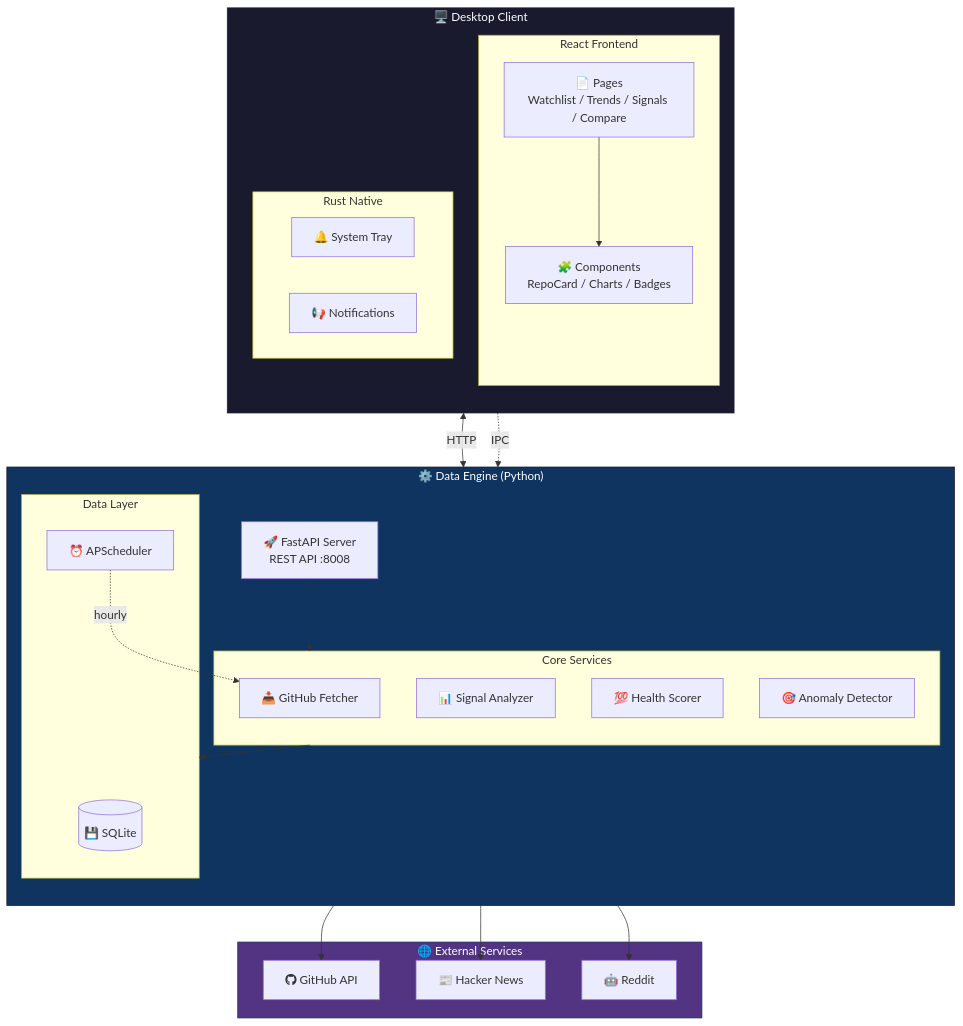
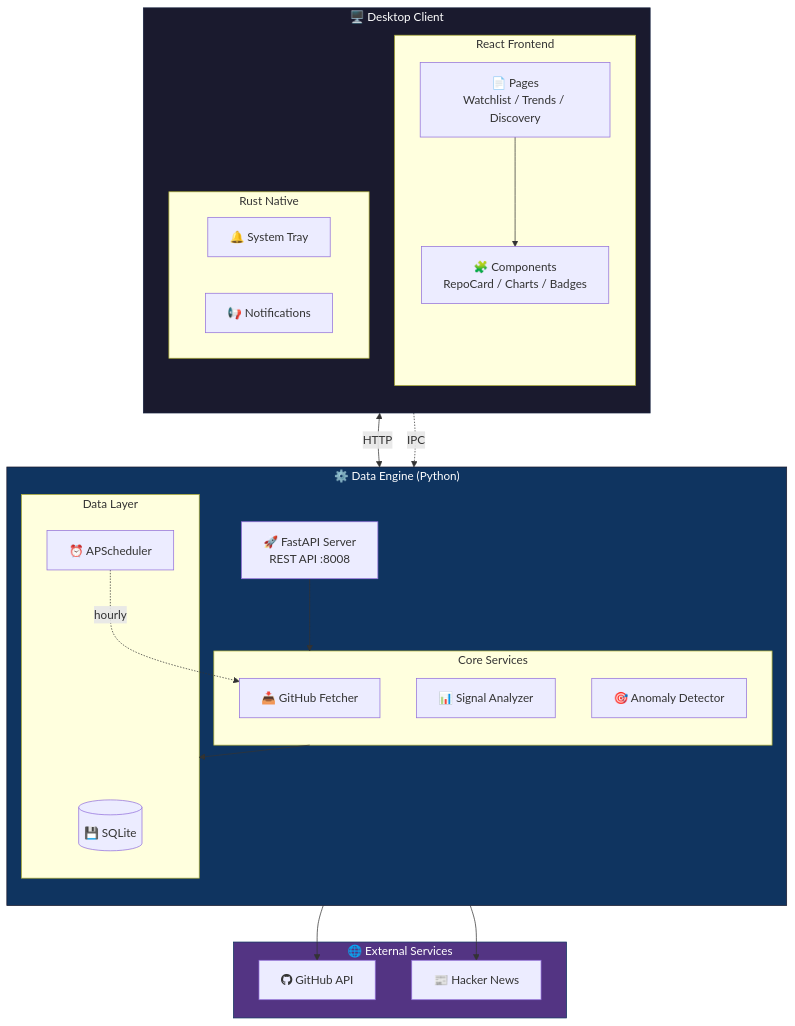
The diagram in README.md (Neal75418/StarScope), drawn with Mermaid before and after one commit. The commit also changed other lines of this file and 26 other files, not shown here.

````diff
--- a/README.md
+++ b/README.md
@@ -56,53 +44,50 @@
 ```mermaid
 graph TB
     subgraph Client["🖥️ Desktop Client"]
         direction TB
         subgraph UI["React Frontend"]
-            Pages["📄 Pages<br/>Watchlist / Trends / Signals / Compare"]
+            Pages["📄 Pages<br/>Watchlist / Trends / Discovery"]
             Components["🧩 Components<br/>RepoCard / Charts / Badges"]
         end
         subgraph Native["Rust Native"]
             Tray["🔔 System Tray"]
             Notify["📢 Notifications"]
         end
         Pages --> Components
     end
 
     subgraph Engine["⚙️ Data Engine (Python)"]
         direction TB
         API["🚀 FastAPI Server<br/>REST API :8008"]
         subgraph Core["Core Services"]
             Fetch["📥 GitHub Fetcher"]
             Analyze["📊 Signal Analyzer"]
-            Score["💯 Health Scorer"]
             Detect["🎯 Anomaly Detector"]
         end
         subgraph Data["Data Layer"]
             DB[("💾 SQLite")]
             Schedule["⏰ APScheduler"]
         end
         API --> Core
         Core --> Data
         Schedule -.->|hourly| Fetch
     end
 
     subgraph External["🌐 External Services"]
         GH["fab:fa-github GitHub API"]
         HN["📰 Hacker News"]
-        RD["🤖 Reddit"]
     end
 
     Components <-->|HTTP| API
     Native -.->|IPC| API
     Fetch --> GH
     Analyze --> HN
-    Analyze --> RD
 
     classDef client fill:#1a1a2e,stroke:#16213e,color:#fff
     classDef engine fill:#0f3460,stroke:#1a1a2e,color:#fff
     classDef external fill:#533483,stroke:#0f3460,color:#fff
 
     class Client client
     class Engine engine
     class External external
 ```
````
